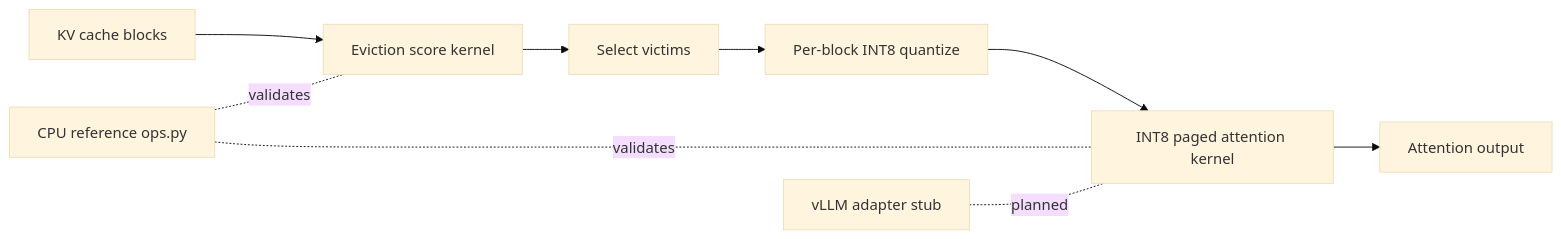
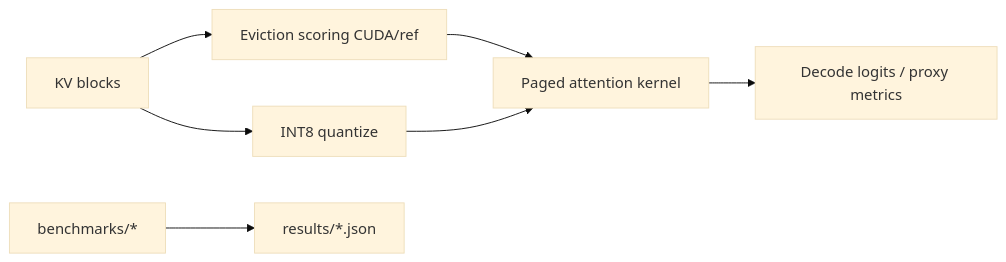
One commit to ArchanaChetan07/PagedKV-Fusion-Custom-CUDA-Kernels-for-KV-Cache-Eviction-Quantized-Paged-Attention changed the first of 3 diagrams in README.md. Above: the diagram before and after it, drawn with Mermaid (base theme). The commit also changed other lines of this file, not shown here.

Commit message:
docs: FAANG-ready professional README with diagrams and verified metrics

````diff
--- a/README.md
+++ b/README.md
@@ -30,11 +28,9 @@
 ```mermaid
 flowchart LR
-    KV[KV cache blocks] --> EV[Eviction score kernel]
-    EV --> SEL[Select victims]
-    SEL --> QZ[Per-block INT8 quantize]
-    QZ --> ATT[INT8 paged attention kernel]
-    ATT --> OUT[Attention output]
-    REF[CPU reference ops.py] -. validates .- EV
-    REF -. validates .- ATT
-    VLLM[vLLM adapter stub] -. planned .- ATT
+  KV[KV blocks] --> EV[Eviction scoring CUDA/ref]
+  KV --> Q[INT8 quantize]
+  EV --> ATT[Paged attention kernel]
+  Q --> ATT
+  ATT --> OUT[Decode logits / proxy metrics]
+  BENCH[benchmarks/*] --> RES[results/*.json]
 ```
````
